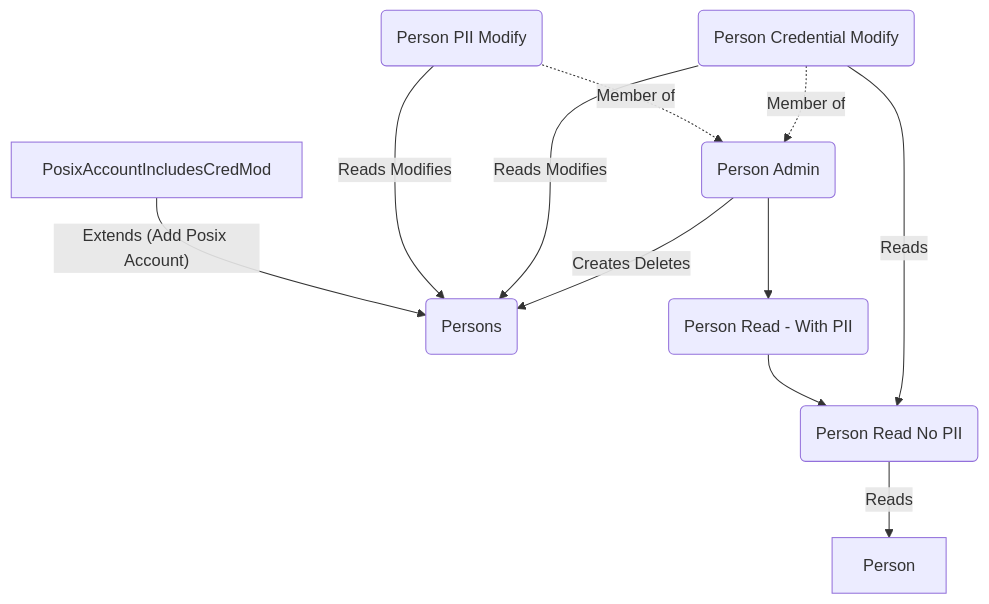
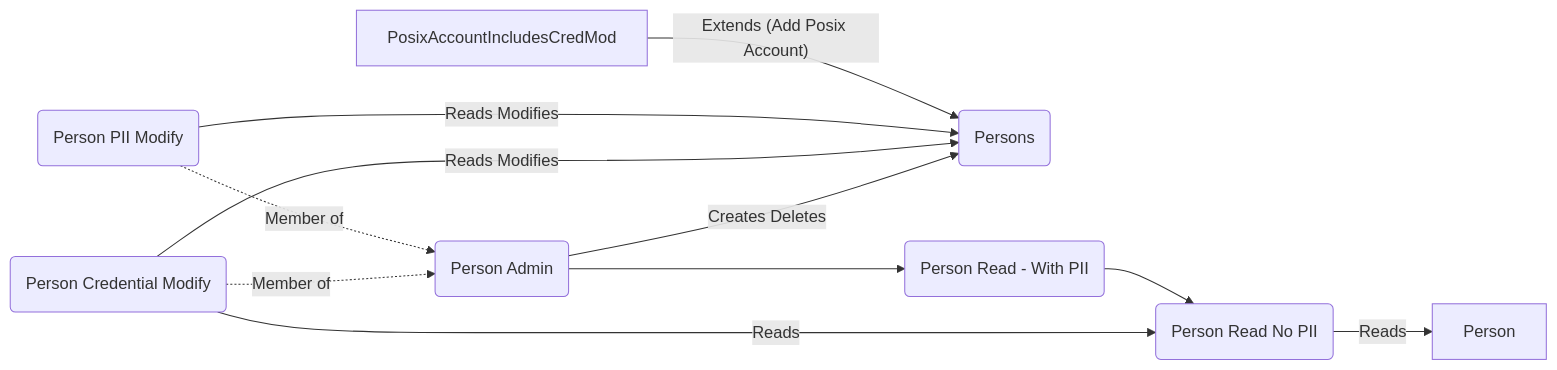
One commit to kanidm/kanidm changed the sixth of 12 diagrams in book/src/developers/designs/access_control_defaults.md. Above: the diagram before and after it, drawn with Mermaid.

Commit message:
account-related

````diff
--- a/book/src/developers/designs/access_control_defaults.md
+++ b/book/src/developers/designs/access_control_defaults.md
@@ -60,16 +60,16 @@
 ```mermaid
-graph TD
+graph LR
 
 
 PersonAdmin("Person Admin") --> |"Creates Deletes"| Persons("Persons")
 PersonCredentialModify("Person Credential Modify") -.-> |"Member of"| PersonAdmin
 PersonPIIModify("Person PII Modify") -.-> |"Member of"| PersonAdmin 
 PersonCredentialModify --> |"Reads Modifies"| Persons
 PersonCredentialModify --> |"Reads"| PersonReadNoPII("Person Read No PII")
 PersonPIIModify --> |"Reads Modifies"| Persons
 PersonAdmin --> PersonReadWithPII("Person Read - With PII")
 PersonReadWithPII --> PersonReadNoPII
 PersonReadNoPII --> |"Reads"| Person
 PosixAccountIncludesCredMod --> |"Extends (Add Posix Account)"| Persons
 
 ```
````
